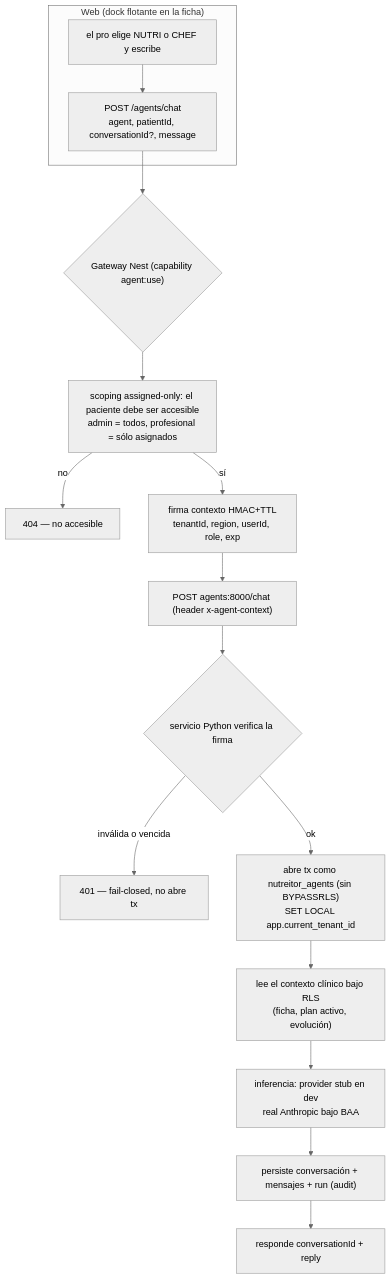
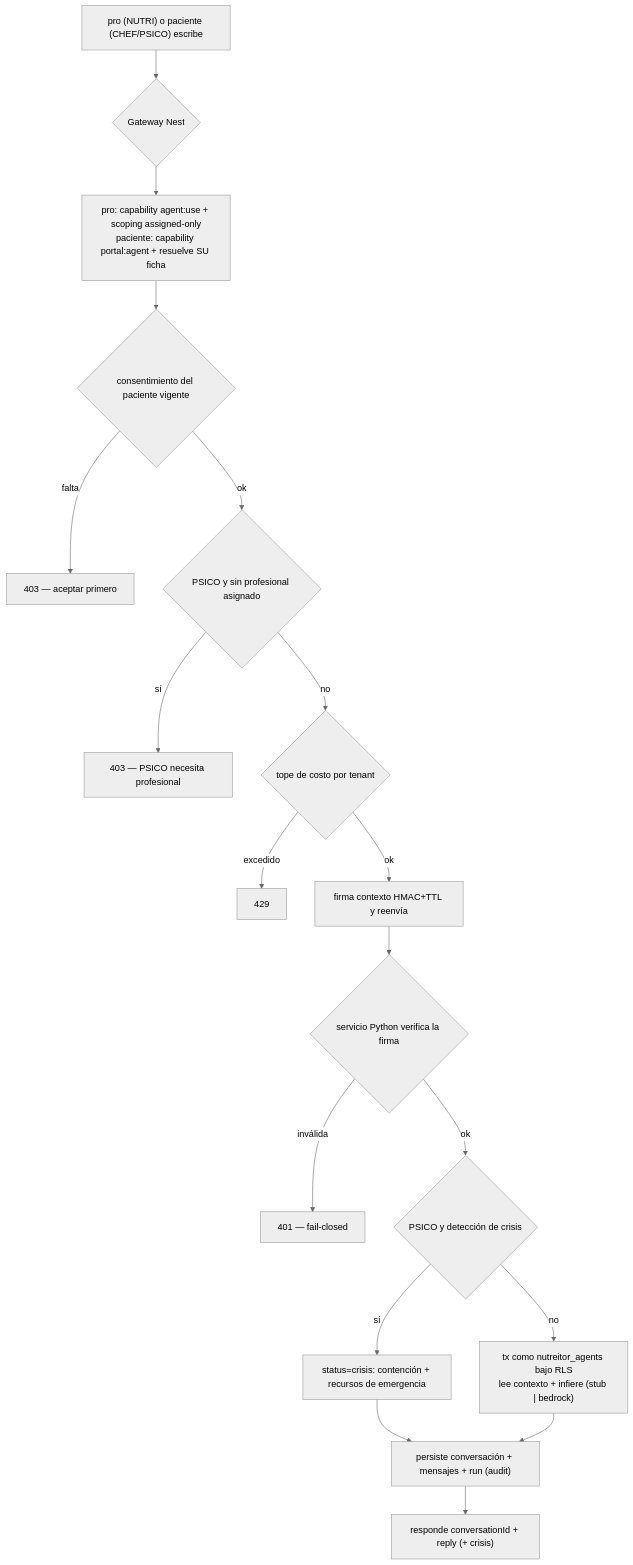
One commit to nebu-fhnatiuk/nutreitor changed the diagram in docs/flows/agents.md. Above: the diagram before and after it, drawn with Mermaid (neutral theme). The commit also changed other lines of this file and 17 other files, not shown here.

First line of the commit message:
feat(agents): CHEF y PSICO del lado del paciente; PSICO supervisado + crisis (Fase 3)

````diff
--- a/docs/flows/agents.md
+++ b/docs/flows/agents.md
@@ -25,18 +30,20 @@
 ```mermaid
 flowchart TD
-  subgraph web["Web (dock flotante en la ficha)"]
-    A["el pro elige NUTRI o CHEF y escribe"] --> B["POST /agents/chat<br/>agent, patientId, conversationId?, message"]
-  end
-  B --> G{"Gateway Nest (capability agent:use)"}
-  G --> H["scoping assigned-only: el paciente debe ser accesible<br/>admin = todos, profesional = sólo asignados"]
-  H -->|no| H0["404 — no accesible"]
-  H -->|sí| S["firma contexto HMAC+TTL<br/>tenantId, region, userId, role, exp"]
-  S --> P["POST agents:8000/chat (header x-agent-context)"]
-  P --> V{"servicio Python verifica la firma"}
-  V -->|inválida o vencida| V0["401 — fail-closed, no abre tx"]
-  V -->|ok| T["abre tx como nutreitor_agents (sin BYPASSRLS)<br/>SET LOCAL app.current_tenant_id"]
-  T --> C["lee el contexto clínico bajo RLS<br/>(ficha, plan activo, evolución)"]
-  C --> I["inferencia: provider stub en dev<br/>real Anthropic bajo BAA"]
-  I --> W["persiste conversación + mensajes + run (audit)"]
-  W --> R["responde conversationId + reply"]
+  A["pro (NUTRI) o paciente (CHEF/PSICO) escribe"] --> B{"Gateway Nest"}
+  B --> G1["pro: capability agent:use + scoping assigned-only<br/>paciente: capability portal:agent + resuelve SU ficha"]
+  G1 --> CO{"consentimiento del paciente vigente"}
+  CO -->|falta| CO0["403 — aceptar primero"]
+  CO -->|ok| PS{"PSICO y sin profesional asignado"}
+  PS -->|sí| PS0["403 — PSICO necesita profesional"]
+  PS -->|no| BUD{"tope de costo por tenant"}
+  BUD -->|excedido| BUD0["429"]
+  BUD -->|ok| S["firma contexto HMAC+TTL y reenvía"]
+  S --> V{"servicio Python verifica la firma"}
+  V -->|inválida| V0["401 — fail-closed"]
+  V -->|ok| CR{"PSICO y detección de crisis"}
+  CR -->|sí| CRR["status=crisis: contención + recursos de emergencia"]
+  CR -->|no| T["tx como nutreitor_agents bajo RLS<br/>lee contexto + infiere (stub | bedrock)"]
+  CRR --> W["persiste conversación + mensajes + run (audit)"]
+  T --> W
+  W --> R["responde conversationId + reply (+ crisis)"]
 ```
````
